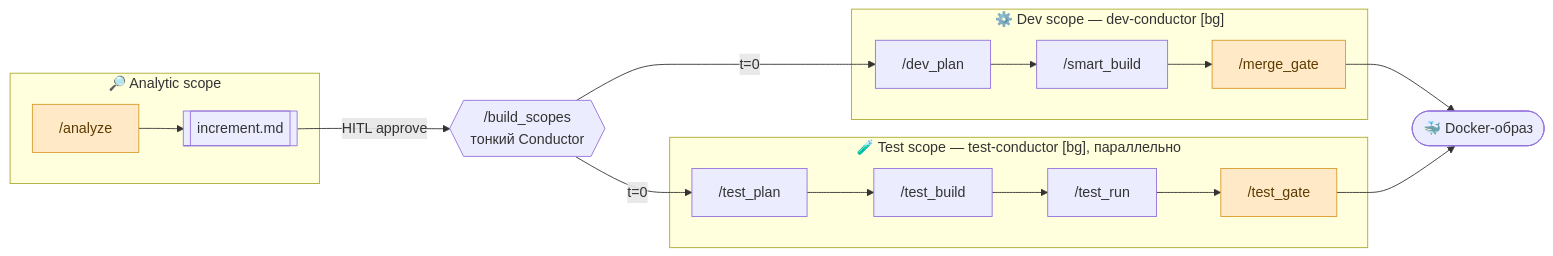
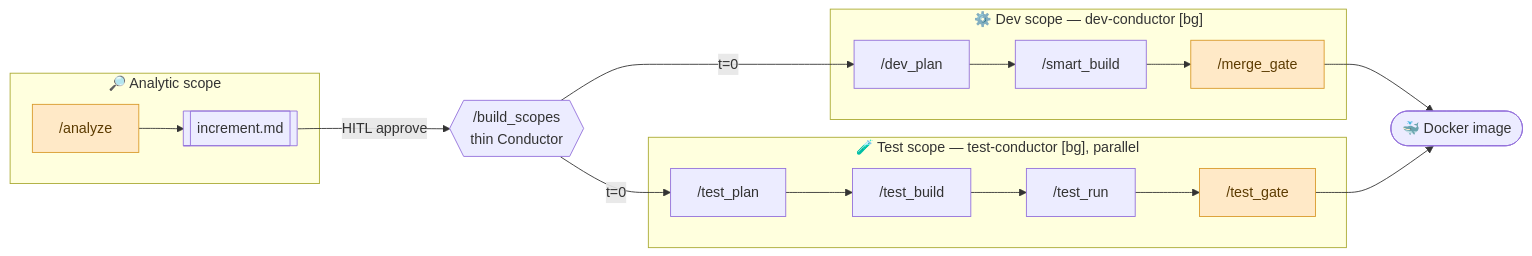
One commit to levon-avackimyanc/ms-platform changed the diagram in README.md. Above: the diagram before and after it, drawn with Mermaid. The commit also changed other lines of this file and 31 other files, not shown here.

````diff
--- a/README.md
+++ b/README.md
@@ -28,21 +28,21 @@
 ```mermaid
 flowchart LR
     subgraph A["🔎 Analytic scope"]
         A1["/analyze"] --> A2[["increment.md"]]
     end
-    BS{{"/build_scopes<br/>тонкий Conductor"}}
+    BS{{"/build_scopes<br/>thin Conductor"}}
     subgraph D["⚙️ Dev scope — dev-conductor [bg]"]
         D1["/dev_plan"] --> D2["/smart_build"] --> D3["/merge_gate"]
     end
-    subgraph T["🧪 Test scope — test-conductor [bg], параллельно"]
+    subgraph T["🧪 Test scope — test-conductor [bg], parallel"]
         T1["/test_plan"] --> T2["/test_build"] --> T3["/test_run"] --> T4["/test_gate"]
     end
     A2 -->|HITL approve| BS
     BS -->|t=0| D1
     BS -->|t=0| T1
-    D3 --> OUT(["🐳 Docker-образ"])
+    D3 --> OUT(["🐳 Docker image"])
     T4 --> OUT
 
     classDef gate fill:#ffe9c7,stroke:#d99a2b,color:#5c3b00;
     class A1,D3,T4 gate
 ```
````
